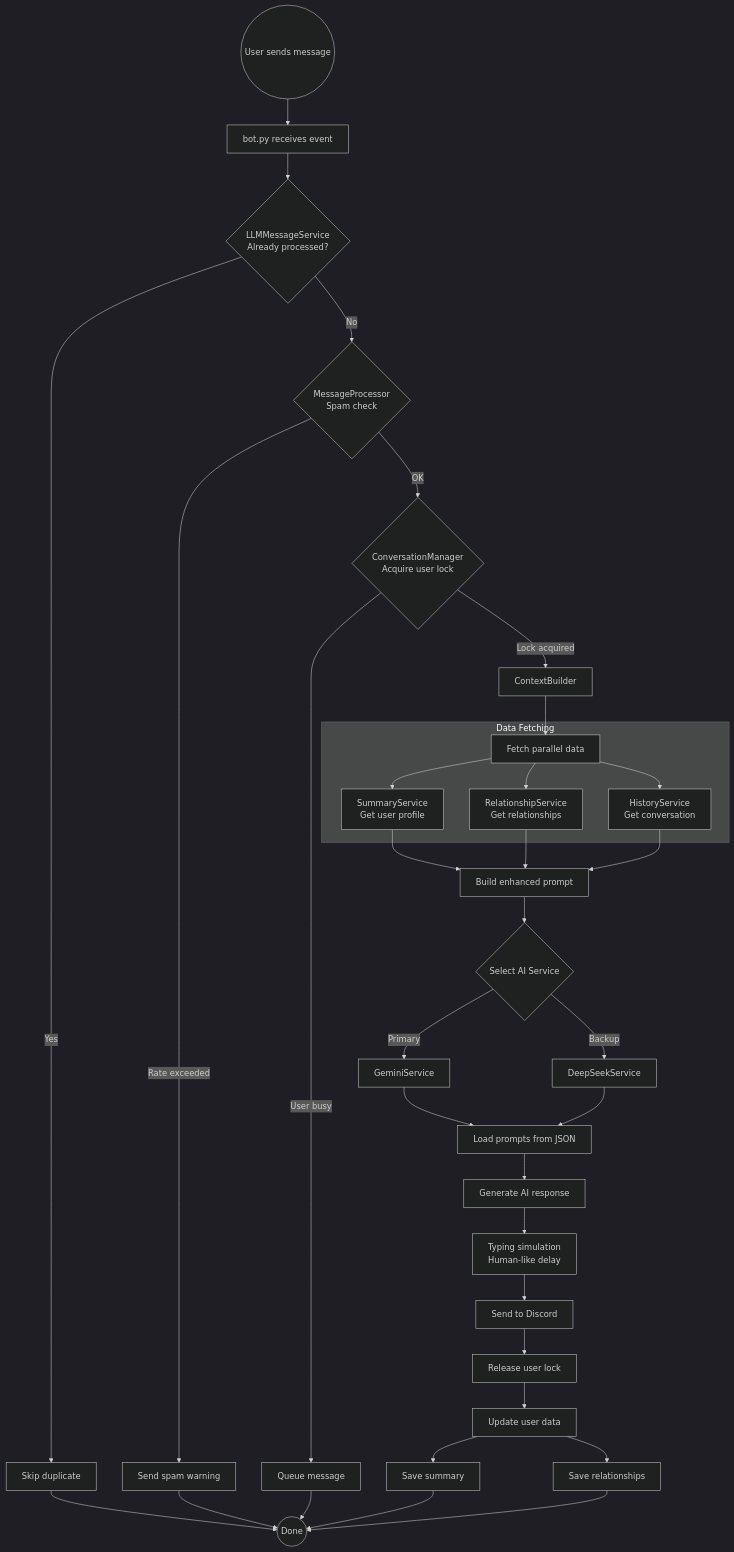
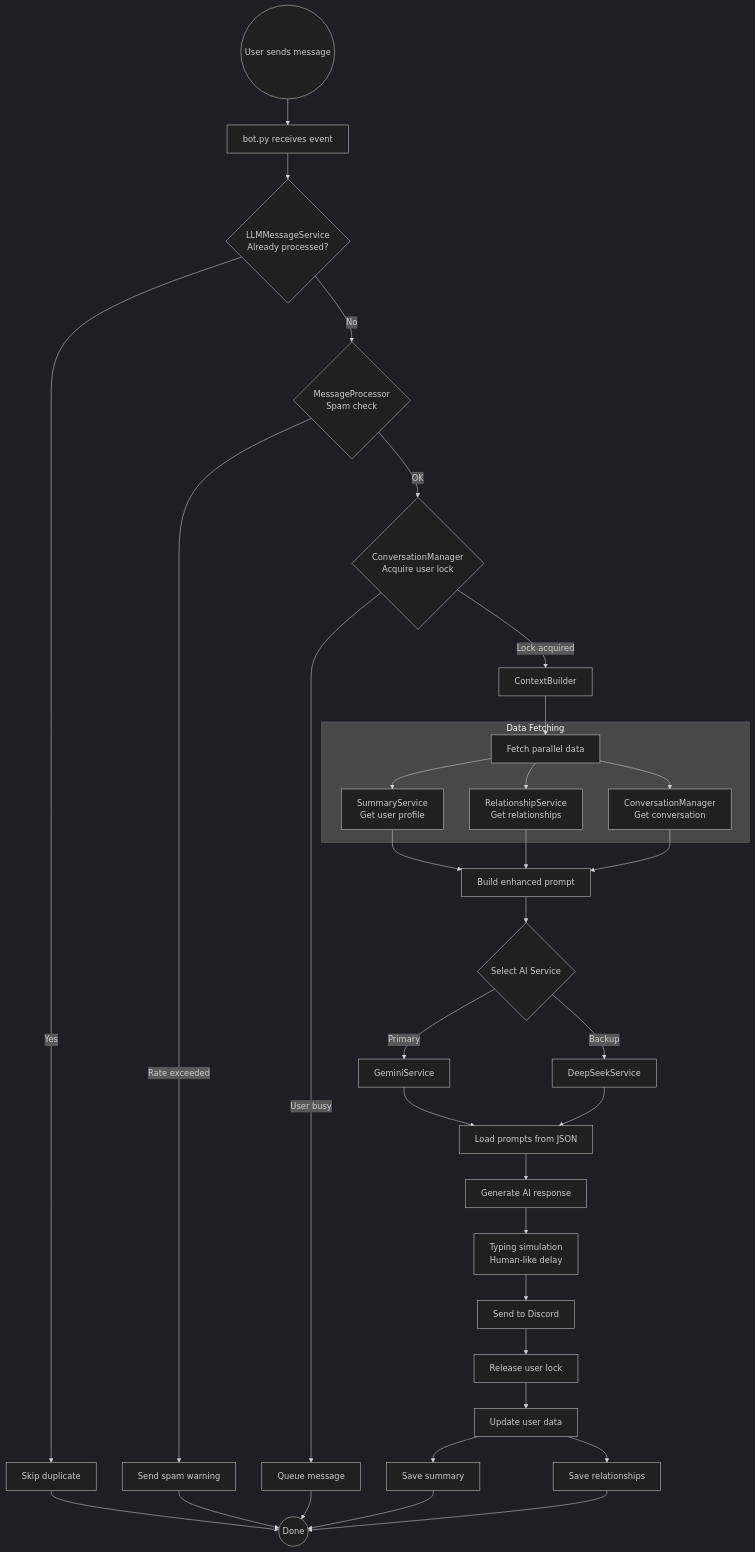
The diagram in README.MD (Flowerf19/Harness_agent), drawn with Mermaid (dark theme) before and after one commit. The commit also changed 10 other files, not shown here.

````diff
--- a/README.MD
+++ b/README.MD
@@ -55,50 +55,50 @@
 ```mermaid
 flowchart TD
     START((User sends message)) --> BOT[bot.py receives event]
     
     BOT --> DEDUP{LLMMessageService<br/>Already processed?}
     DEDUP -->|Yes| SKIP[Skip duplicate]
     DEDUP -->|No| SPAM{MessageProcessor<br/>Spam check}
     
     SPAM -->|Rate exceeded| WARN[Send spam warning]
     SPAM -->|OK| LOCK{ConversationManager<br/>Acquire user lock}
     
     LOCK -->|User busy| QUEUE[Queue message]
     LOCK -->|Lock acquired| CTX[ContextBuilder]
     
     CTX --> FETCH["Fetch parallel data"]
     
     subgraph DataFetch["Data Fetching"]
         FETCH --> SUM[SummaryService<br/>Get user profile]
         FETCH --> REL[RelationshipService<br/>Get relationships]
-        FETCH --> HIST[HistoryService<br/>Get conversation]
+        FETCH --> HIST[ConversationManager<br/>Get conversation]
     end
     
     SUM --> BUILD[Build enhanced prompt]
     REL --> BUILD
     HIST --> BUILD
     
     BUILD --> AI{Select AI Service}
     AI -->|Primary| GEMINI[GeminiService]
     AI -->|Backup| DEEPSEEK[DeepSeekService]
     
     GEMINI --> PROMPT[Load prompts from JSON]
     DEEPSEEK --> PROMPT
     
     PROMPT --> GEN[Generate AI response]
     GEN --> TYPING[Typing simulation<br/>Human-like delay]
     
     TYPING --> SEND[Send to Discord]
     SEND --> UNLOCK[Release user lock]
     UNLOCK --> UPDATE[Update user data]
     
     UPDATE --> SAVE_SUM[Save summary]
     UPDATE --> SAVE_REL[Save relationships]
     
     SAVE_SUM --> DONE((Done))
     SAVE_REL --> DONE
     
     SKIP --> DONE
     WARN --> DONE
     QUEUE --> DONE
 ```
````
